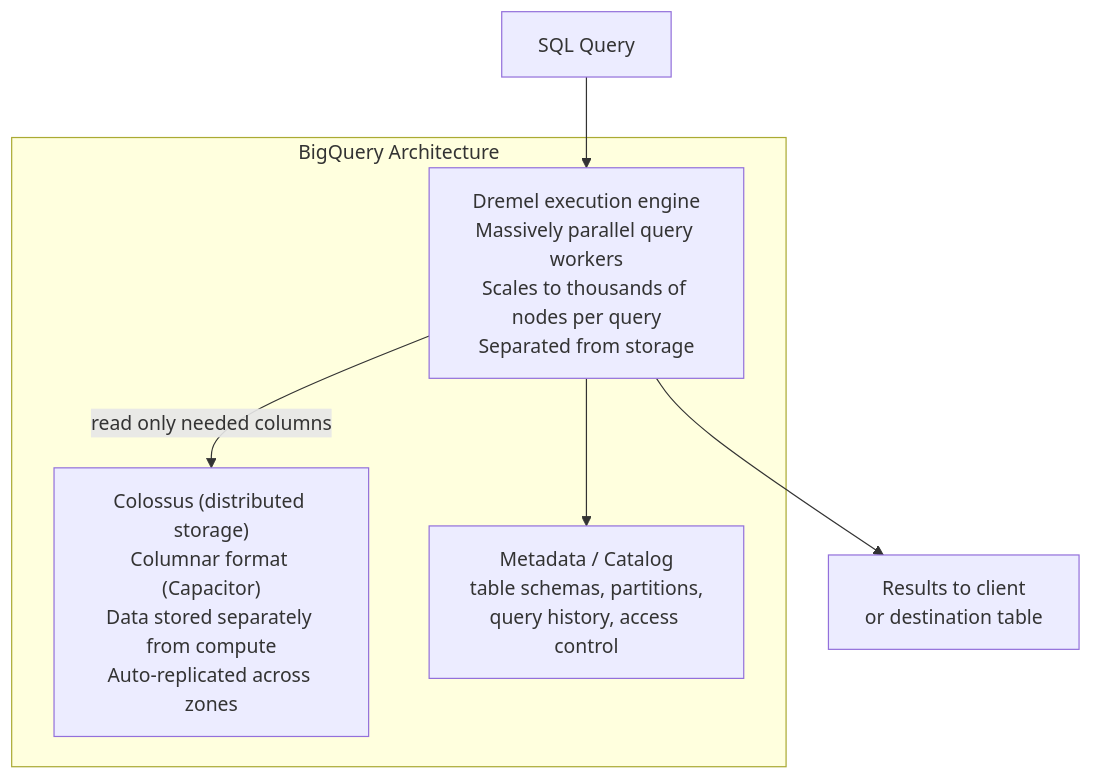
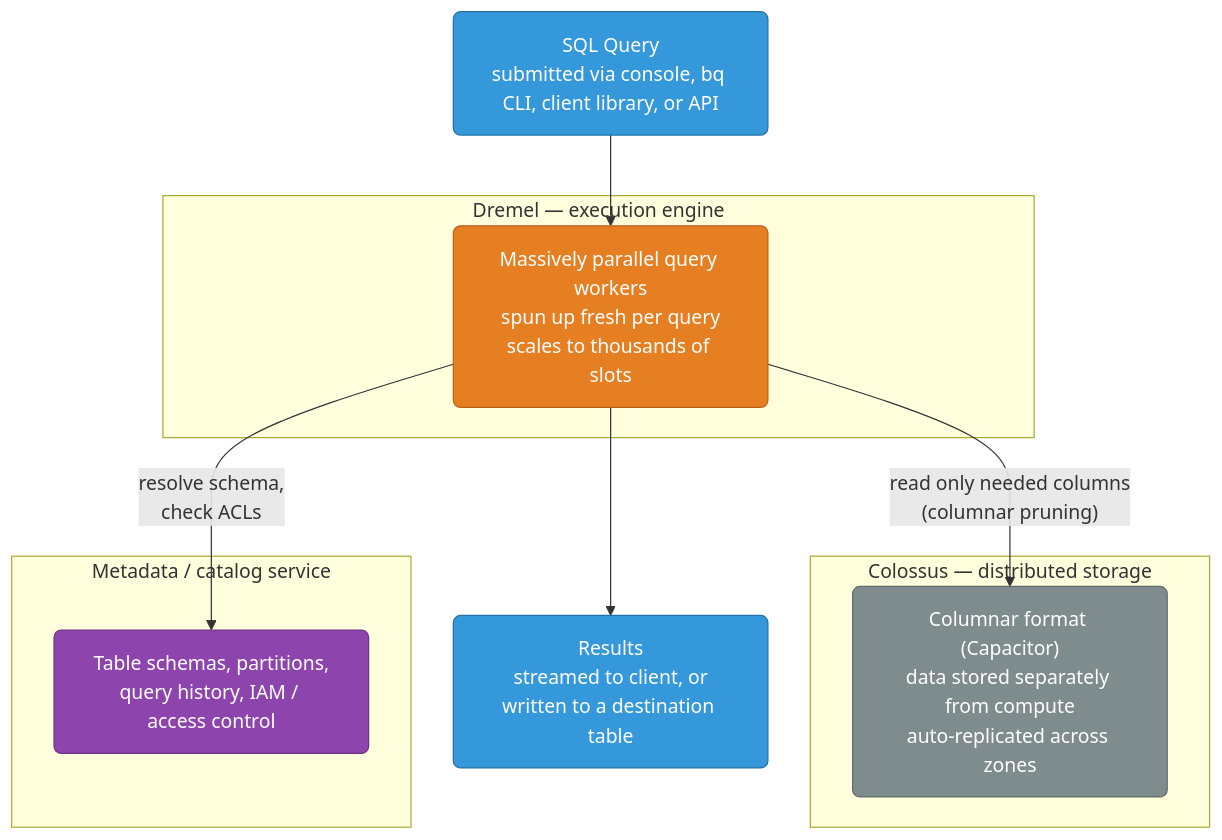
One commit to deepanshu-rawat6/DevOpsIndex changed the first of 3 diagrams in gcp/bigquery.md. Above: the diagram before and after it, drawn with Mermaid. The commit also changed other lines of this file and 14 other files, not shown here.

````diff
--- a/gcp/bigquery.md
+++ b/gcp/bigquery.md
@@ -9,12 +14,25 @@
 ```mermaid
 graph TD
-    subgraph "BigQuery Architecture"
-        STORAGE["Colossus (distributed storage)<br>Columnar format (Capacitor)<br>Data stored separately from compute<br>Auto-replicated across zones"]
-        COMPUTE["Dremel execution engine<br>Massively parallel query workers<br>Scales to thousands of nodes per query<br>Separated from storage"]
-        META["Metadata / Catalog<br>table schemas, partitions,<br>query history, access control"]
+    classDef client fill:#3498db,stroke:#2471a3,color:#fff,rx:6
+    classDef compute fill:#e67e22,stroke:#ba6018,color:#fff,rx:6
+    classDef storage fill:#7f8c8d,stroke:#616a6b,color:#fff,rx:6
+    classDef meta fill:#8e44ad,stroke:#6c3483,color:#fff,rx:6
+
+    QUERY["SQL Query<br/>submitted via console, bq CLI, client library, or API"]:::client --> COMPUTE
+
+    subgraph DREMEL["Dremel — execution engine"]
+        COMPUTE["Massively parallel query workers<br/>spun up fresh per query<br/>scales to thousands of slots"]:::compute
     end
-    QUERY["SQL Query"] --> COMPUTE
-    COMPUTE -->|"read only needed columns"| STORAGE
-    COMPUTE --> META
-    COMPUTE --> RESULT["Results to client<br>or destination table"]
+
+    subgraph COLOSSUS["Colossus — distributed storage"]
+        STORAGE["Columnar format (Capacitor)<br/>data stored separately from compute<br/>auto-replicated across zones"]:::storage
+    end
+
+    subgraph CATALOG["Metadata / catalog service"]
+        META["Table schemas, partitions,<br/>query history, IAM / access control"]:::meta
+    end
+
+    COMPUTE -->|"read only needed columns<br/>(columnar pruning)"| STORAGE
+    COMPUTE -->|"resolve schema,<br/>check ACLs"| META
+    COMPUTE --> RESULT["Results<br/>streamed to client, or<br/>written to a destination table"]:::client
 ```
````
